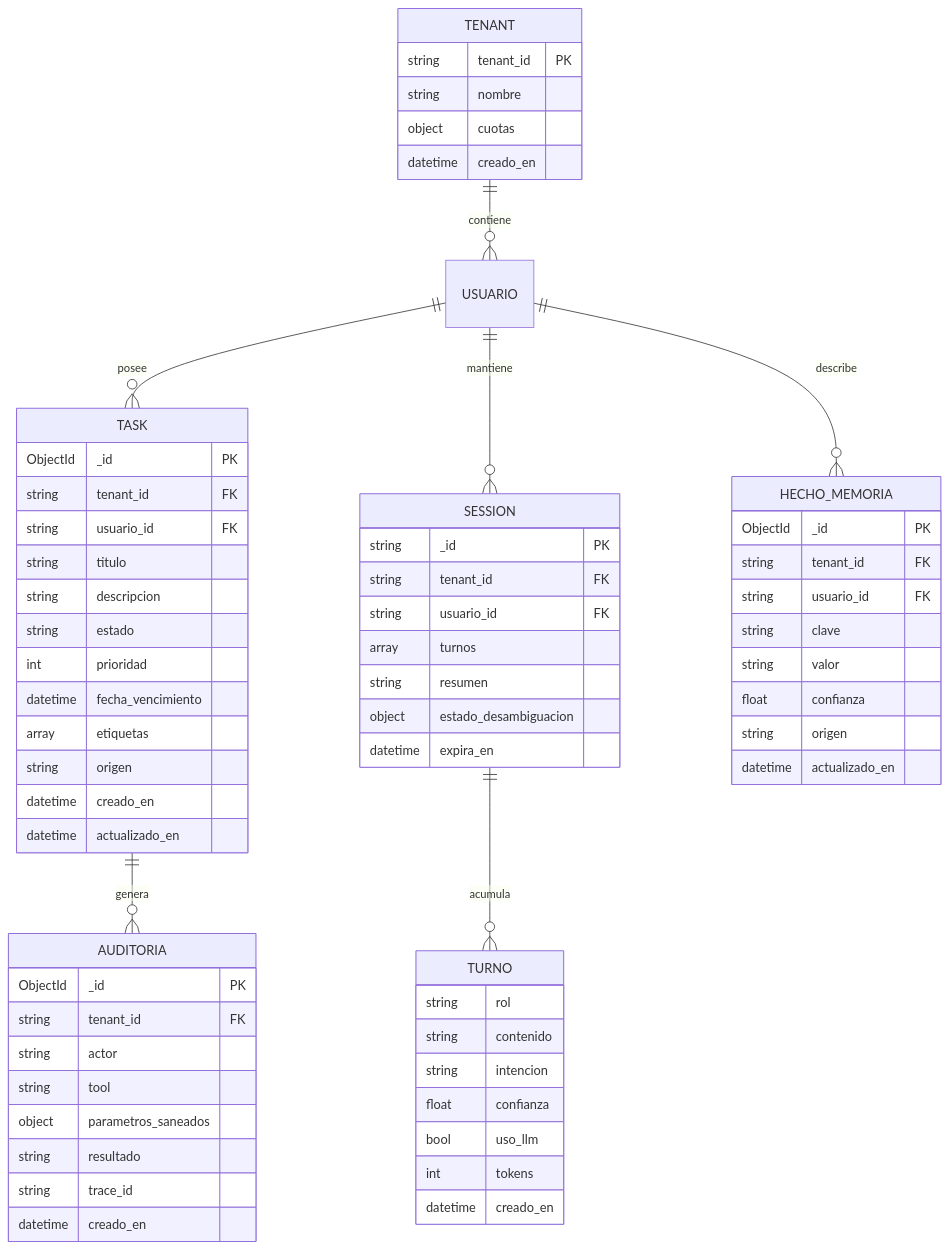
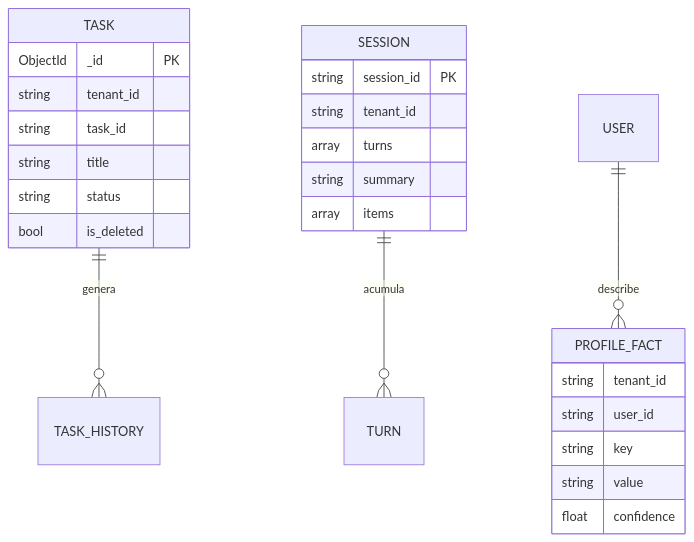
The fourth of 5 diagrams in docs/arquitectura_solucion.md (AlexisBerrio/personal_assistant_agent), drawn with Mermaid before and after one commit. The commit also changed other lines of this file and 1 other file, not shown here.

````diff
--- a/docs/arquitectura_solucion.md
+++ b/docs/arquitectura_solucion.md
@@ -283,68 +322,29 @@
 ```mermaid
 erDiagram
-    TENANT ||--o{ USUARIO : contiene
-    USUARIO ||--o{ TASK : posee
-    USUARIO ||--o{ SESSION : mantiene
-    USUARIO ||--o{ HECHO_MEMORIA : describe
-    SESSION ||--o{ TURNO : acumula
-    TASK ||--o{ AUDITORIA : genera
+    TASK ||--o{ TASK_HISTORY : genera
+    SESSION ||--o{ TURN : acumula
+    USER ||--o{ PROFILE_FACT : describe
 
-    TENANT {
-        string tenant_id PK
-        string nombre
-        object cuotas
-        datetime creado_en
-    }
     TASK {
         ObjectId _id PK
-        string tenant_id FK
-        string usuario_id FK
-        string titulo
-        string descripcion
-        string estado
-        int prioridad
-        datetime fecha_vencimiento
-        array etiquetas
-        string origen
-        datetime creado_en
-        datetime actualizado_en
+        string tenant_id
+        string task_id
+        string title
+        string status
+        bool is_deleted
     }
     SESSION {
-        string _id PK
-        string tenant_id FK
-        string usuario_id FK
-        array turnos
-        string resumen
-        object estado_desambiguacion
-        datetime expira_en
+        string session_id PK
+        string tenant_id
+        array turns
+        string summary
+        array items
     }
-    TURNO {
-        string rol
-        string contenido
-        string intencion
-        float confianza
-        bool uso_llm
-        int tokens
-        datetime creado_en
-    }
-    HECHO_MEMORIA {
-        ObjectId _id PK
-        string tenant_id FK
-        string usuario_id FK
-        string clave
-        string valor
-        float confianza
-        string origen
-        datetime actualizado_en
-    }
-    AUDITORIA {
-        ObjectId _id PK
-        string tenant_id FK
-        string actor
-        string tool
-        object parametros_saneados
-        string resultado
-        string trace_id
-        datetime creado_en
+    PROFILE_FACT {
+        string tenant_id
+        string user_id
+        string key
+        string value
+        float confidence
     }
 ```
````
